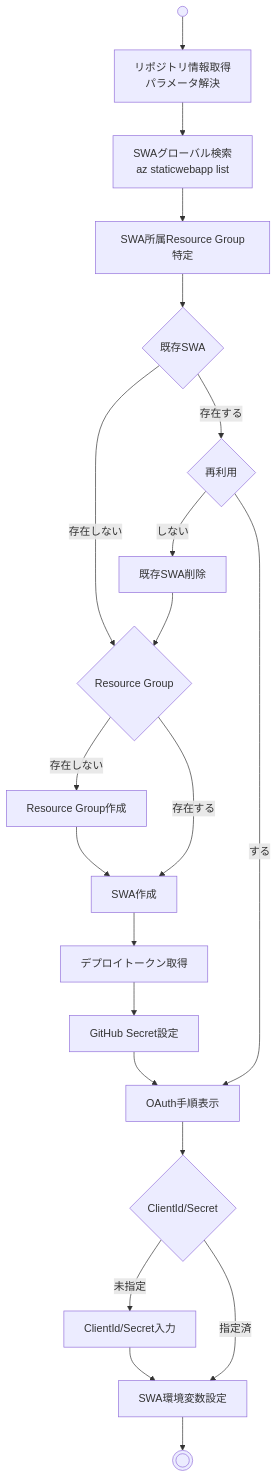
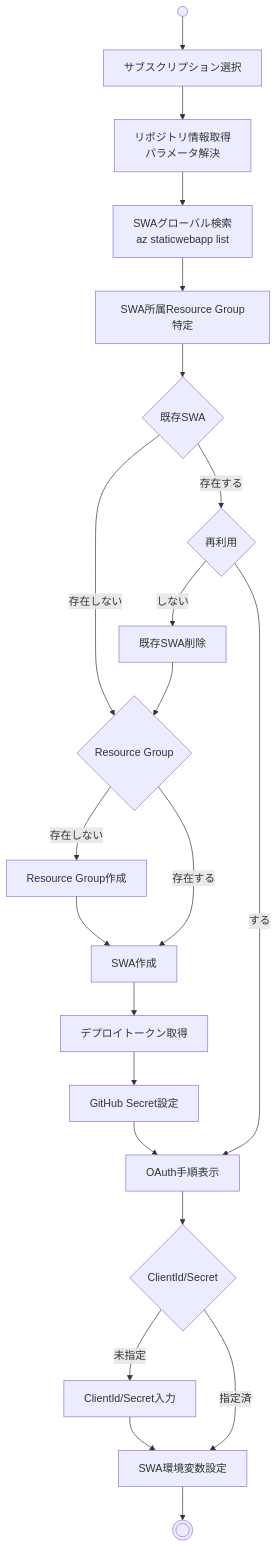
The diagram in DESIGN.md (nuitsjp/swa-github-repo-auth), drawn with Mermaid before and after one commit. The commit also changed other lines of this file and 2 other files, not shown here.

````diff
--- a/DESIGN.md
+++ b/DESIGN.md
@@ -25,34 +31,35 @@
 ```mermaid
 flowchart TD
-    Start(( )) --> ResolveRepo[リポジトリ情報取得<br/>パラメータ解決]
+    Start(( )) --> SelectSub[サブスクリプション選択]
+    SelectSub --> ResolveRepo[リポジトリ情報取得<br/>パラメータ解決]
     
     ResolveRepo --> CheckSWA[SWAグローバル検索<br/>az staticwebapp list]
     CheckSWA --> ParseSWA[SWA所属Resource Group特定]
     
     ParseSWA --> GuardSWA{既存SWA}
     
     GuardSWA -->|存在しない| CheckRG{Resource Group}
     
     GuardSWA -->|存在する| PromptReuse{再利用}
     
     PromptReuse -->|しない| DeleteSWA[既存SWA削除]
     DeleteSWA --> CheckRG
     
     PromptReuse -->|する| ShowOAuth[OAuth手順表示]
     
     CheckRG -->|存在しない| CreateRG[Resource Group作成]
     CheckRG -->|存在する| CreateSWA[SWA作成]
     CreateRG --> CreateSWA
     
     CreateSWA --> GetToken[デプロイトークン取得]
     GetToken --> SetGHSecret[GitHub Secret設定]
     SetGHSecret --> ShowOAuth
     
     ShowOAuth --> CheckCred{ClientId/Secret}
     
     CheckCred -->|未指定| PromptCred[ClientId/Secret入力]
     CheckCred -->|指定済| SetEnvVars[SWA環境変数設定]
     PromptCred --> SetEnvVars
     
     SetEnvVars --> End((( )))
 ```
````
